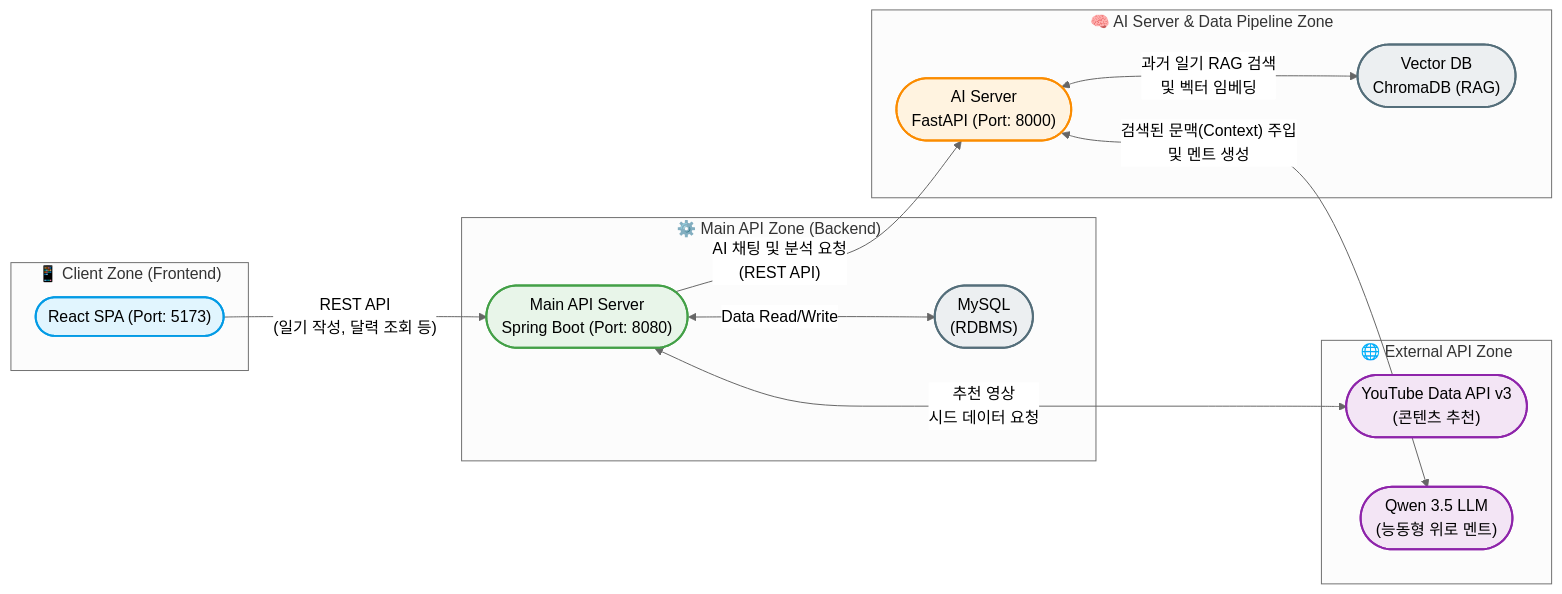
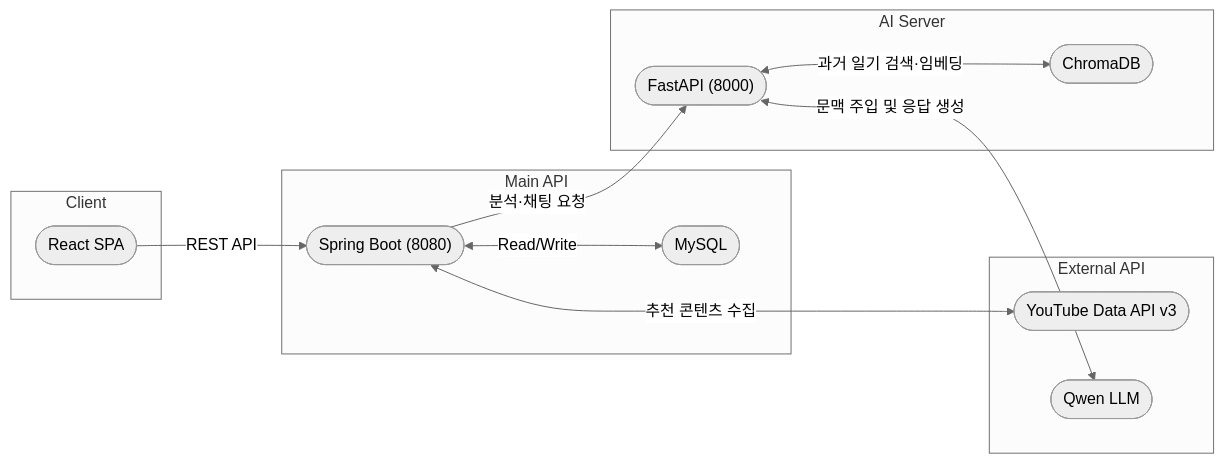
The diagram in README.md (wpals0713/freesia-capstone), drawn with Mermaid (neutral theme) before and after one commit. The commit also changed other lines of this file, not shown here.

````diff
--- a/README.md
+++ b/README.md
@@ -82,45 +91,25 @@
 ```mermaid
 flowchart LR
-    %% 영역 분리 (Subgraphs)
-    subgraph ClientZone ["📱 Client Zone (Frontend)"]
-        React(["React SPA (Port: 5173)"])
+    subgraph ClientZone ["Client"]
+        React(["React SPA"])
+    end
+    subgraph MainAPIZone ["Main API"]
+        SpringBoot(["Spring Boot (8080)"])
+        MySQL(["MySQL"])
+    end
+    subgraph AIZone ["AI Server"]
+        FastAPI(["FastAPI (8000)"])
+        ChromaDB(["ChromaDB"])
+    end
+    subgraph ExternalZone ["External API"]
+        YouTube(["YouTube Data API v3"])
+        LLM(["Qwen LLM"])
     end
 
-    subgraph MainAPIZone ["⚙️ Main API Zone (Backend)"]
-        SpringBoot(["Main API Server<br>Spring Boot (Port: 8080)"])
-        MySQL(["MySQL<br>(RDBMS)"])
-    end
-
-    subgraph AIPipelineZone ["🧠 AI Server & Data Pipeline Zone"]
-        FastAPI(["AI Server<br>FastAPI (Port: 8000)"])
-        ChromaDB(["Vector DB<br>ChromaDB (RAG)"])
-    end
-
-    subgraph ExternalAPIZone ["🌐 External API Zone"]
-        YouTube(["YouTube Data API v3<br>(콘텐츠 추천)"])
-        LLM(["Qwen 3.5 LLM<br>(능동형 위로 멘트)"])
-    end
-
-    %% 데이터 흐름 및 통신 관계 (따옴표 추가로 파싱 에러 완벽 해결!)
-    React -->|"REST API<br>(일기 작성, 달력 조회 등)"| SpringBoot
-    SpringBoot <-->|"Data Read/Write"| MySQL
-
-    SpringBoot -->|"AI 채팅 및 분석 요청<br>(REST API)"| FastAPI
-    SpringBoot <-->|"추천 영상<br>시드 데이터 요청"| YouTube
-
-    FastAPI <-->|"과거 일기 RAG 검색<br>및 벡터 임베딩"| ChromaDB
-    FastAPI <-->|"검색된 문맥(Context) 주입<br>및 멘트 생성"| LLM
-
-    %% 스타일링 (선택 사항 - 다이어그램을 더 예쁘게 꾸며줍니다)
-    classDef client fill:#e1f5fe,stroke:#039be5,stroke-width:2px,color:#000
-    classDef backend fill:#e8f5e9,stroke:#43a047,stroke-width:2px,color:#000
-    classDef ai fill:#fff3e0,stroke:#fb8c00,stroke-width:2px,color:#000
-    classDef external fill:#f3e5f5,stroke:#8e24aa,stroke-width:2px,color:#000
-    classDef db fill:#eceff1,stroke:#546e7a,stroke-width:2px,color:#000
-
-    class React client
-    class SpringBoot backend
-    class FastAPI ai
-    class YouTube,LLM external
-    class MySQL,ChromaDB db
+    React -->|"REST API"| SpringBoot
+    SpringBoot <-->|"Read/Write"| MySQL
+    SpringBoot -->|"분석·채팅 요청"| FastAPI
+    SpringBoot <-->|"추천 콘텐츠 수집"| YouTube
+    FastAPI <-->|"과거 일기 검색·임베딩"| ChromaDB
+    FastAPI <-->|"문맥 주입 및 응답 생성"| LLM
 ```
````
